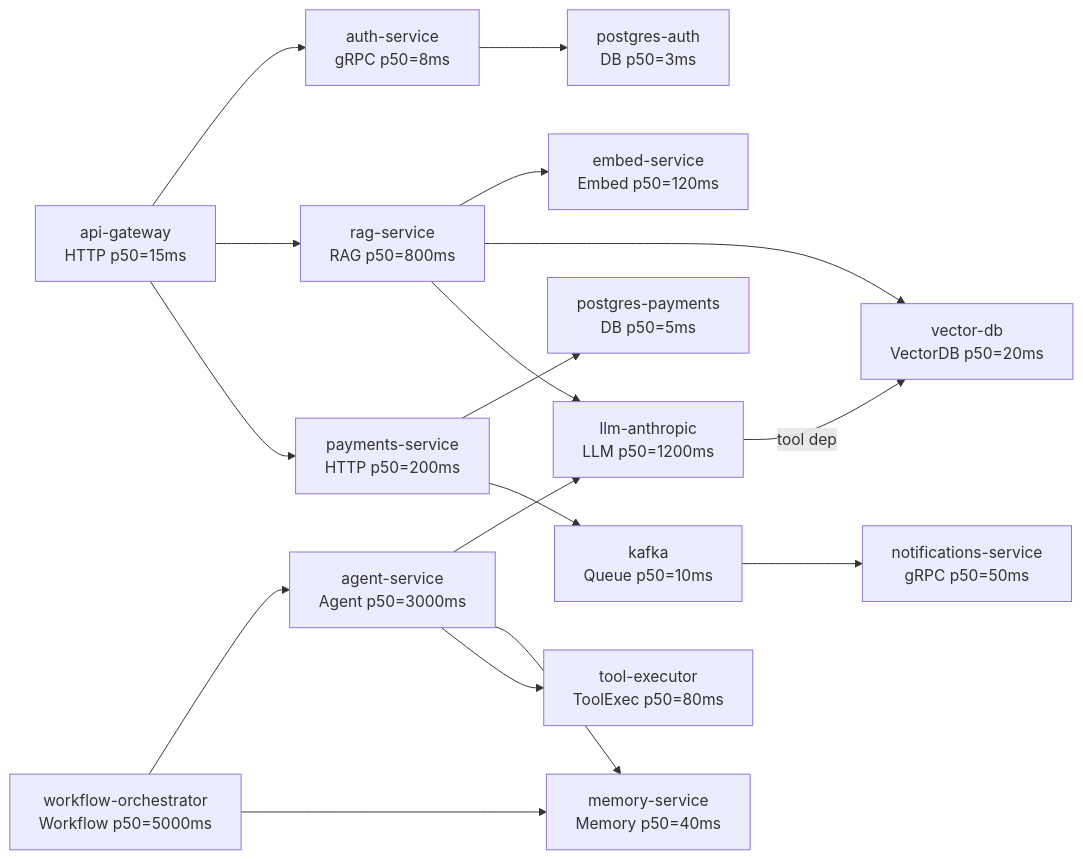
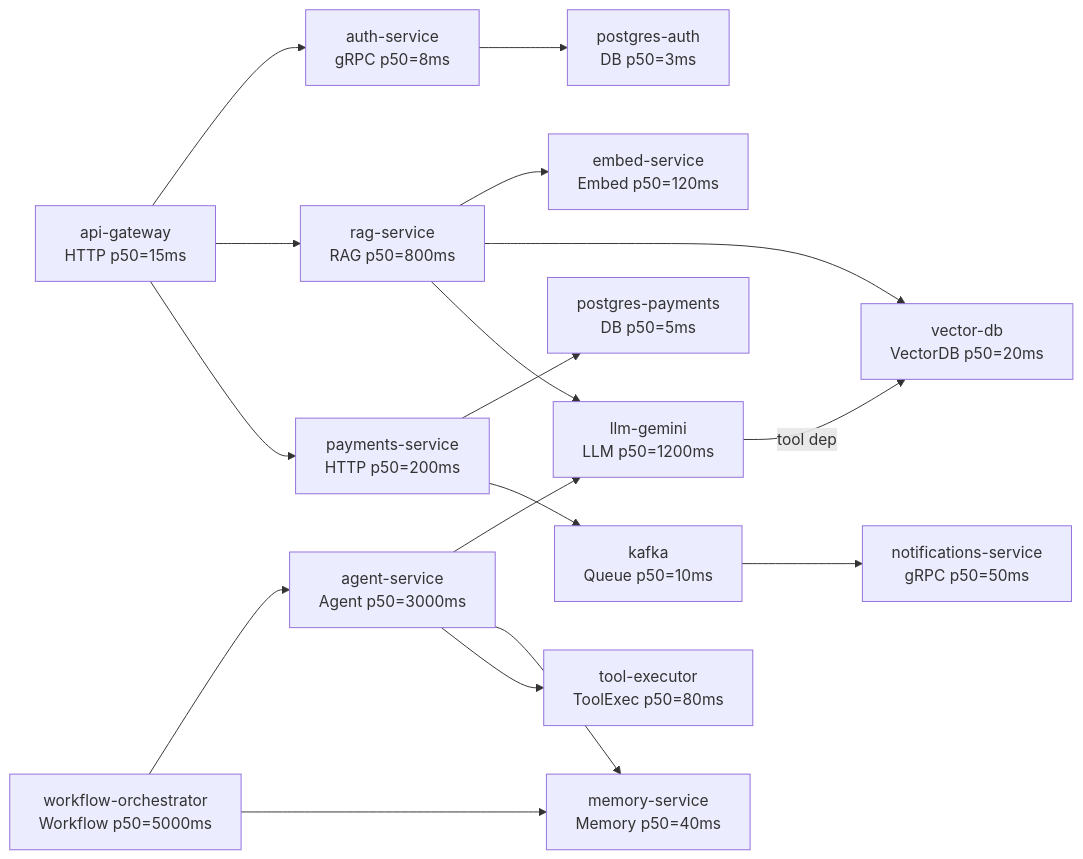
The first of 4 diagrams in README.md (rondomondo/genai-observability-data), drawn with Mermaid before and after one commit. The commit also changed other lines of this file and 74 other files, not shown here.

````diff
--- a/README.md
+++ b/README.md
@@ -79,35 +80,35 @@
 ```mermaid
 flowchart LR
     GW["api-gateway<br>HTTP p50=15ms"]
     AUTH["auth-service<br>gRPC p50=8ms"]
     PGA["postgres-auth<br>DB p50=3ms"]
     RAG["rag-service<br>RAG p50=800ms"]
     EMB["embed-service<br>Embed p50=120ms"]
     VDB["vector-db<br>VectorDB p50=20ms"]
-    LLM["llm-anthropic<br>LLM p50=1200ms"]
+    LLM["llm-gemini<br>LLM p50=1200ms"]
     PAY["payments-service<br>HTTP p50=200ms"]
     PGP["postgres-payments<br>DB p50=5ms"]
     KFK["kafka<br>Queue p50=10ms"]
     NOT["notifications-service<br>gRPC p50=50ms"]
     AGT["agent-service<br>Agent p50=3000ms"]
     TOOL["tool-executor<br>ToolExec p50=80ms"]
     MEM["memory-service<br>Memory p50=40ms"]
     WFL["workflow-orchestrator<br>Workflow p50=5000ms"]
 
     GW --> AUTH
     GW --> RAG
     GW --> PAY
     AUTH --> PGA
     RAG --> EMB
     RAG --> VDB
     RAG --> LLM
     LLM -->|"tool dep"| VDB
     PAY --> PGP
     PAY --> KFK
     KFK --> NOT
     WFL --> AGT
     WFL --> MEM
     AGT --> LLM
     AGT --> MEM
     AGT --> TOOL
 ```
````
